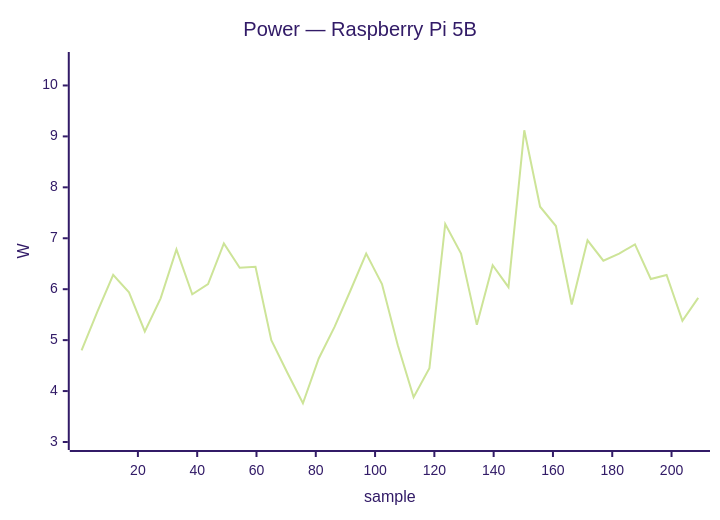
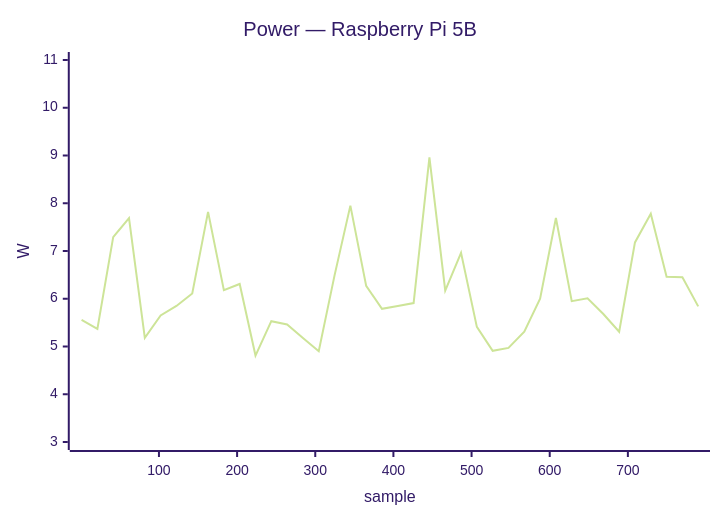
Diagram 17 of 24 in docs/status/board-tests.md (armbian/documentation), drawn with Mermaid (forest theme) before and after one commit. The commit also changed other lines of this file, not shown here.

````diff
--- a/docs/status/board-tests.md
+++ b/docs/status/board-tests.md
@@ -940,7 +948,7 @@
     ```mermaid
     xychart-beta
         title "Power — Raspberry Pi 5B"
-        x-axis "sample" 1 --> 209
-        y-axis "W" 3.0 --> 10.5
-        line [4.80, 5.56, 6.28, 5.94, 5.17, 5.82, 6.78, 5.90, 6.10, 6.90, 6.42, 6.44, 5.00, 4.37, 3.76, 4.64, 5.26, 5.97, 6.70, 6.10, 4.90, 3.88, 4.45, 7.28, 6.70, 5.30, 6.47, 6.04, 9.12, 7.62, 7.24, 5.70, 6.96, 6.56, 6.70, 6.88, 6.20, 6.28, 5.38, 5.83]
+        x-axis "sample" 1 --> 790
+        y-axis "W" 3.0 --> 11.0
+        line [5.56, 5.37, 7.29, 7.69, 5.18, 5.65, 5.85, 6.11, 7.82, 6.18, 6.31, 4.81, 5.53, 5.46, 5.18, 4.90, 6.49, 7.95, 6.27, 5.79, 5.85, 5.91, 8.96, 6.17, 6.96, 5.41, 4.91, 4.97, 5.31, 6.00, 7.69, 5.95, 6.01, 5.68, 5.31, 7.18, 7.78, 6.46, 6.45, 5.84]
     ```
````
